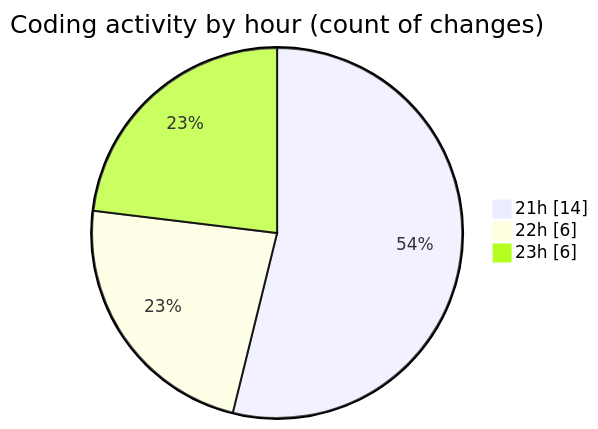
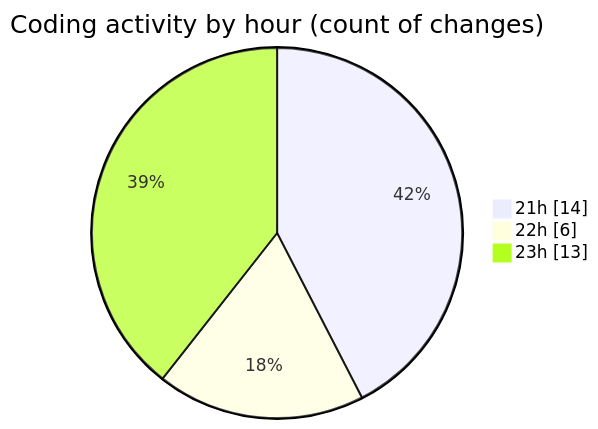
Before and after one commit to lephambinh05/code-tracking: the second of 2 diagrams in 2025-07-24/quanlyrapchieuphim-1/README.md, drawn with Mermaid. The commit also changed other lines of this file and 1 other file, not shown here.

````diff
--- a/2025-07-24/quanlyrapchieuphim-1/README.md
+++ b/2025-07-24/quanlyrapchieuphim-1/README.md
@@ -36,7 +37,7 @@
 ```mermaid
 pie showData
 title Coding activity by hour (count of changes)
 "21h" : 14
 "22h" : 6
-"23h" : 6
+"23h" : 13
 ```
````
